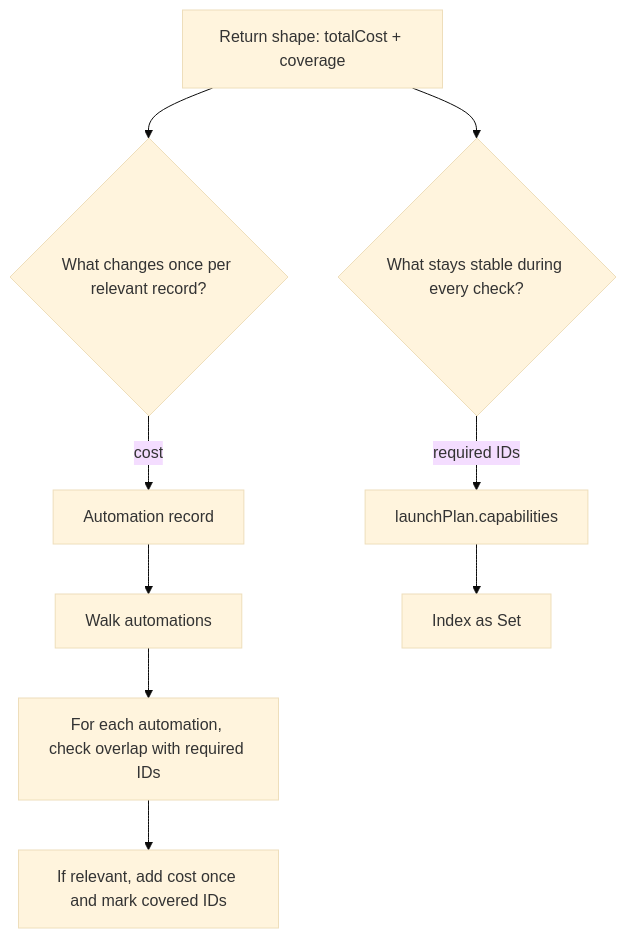
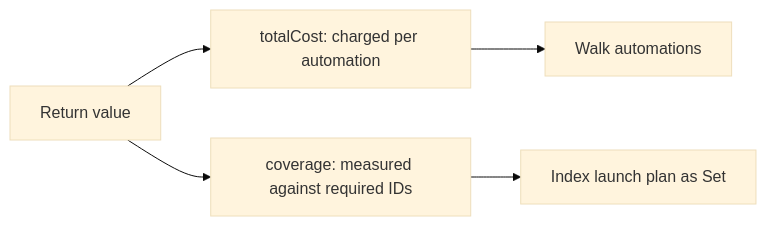
One commit to snesjhon/for-humans changed the first of 2 diagrams in src/app/frontend/fundamentals/data-parsing/data-parsing-fundamentals.md. Above: the diagram before and after it, drawn with Mermaid (base theme). The commit also changed other lines of this file and 40 other files, not shown here.

````diff
--- a/src/app/frontend/fundamentals/data-parsing/data-parsing-fundamentals.md
+++ b/src/app/frontend/fundamentals/data-parsing/data-parsing-fundamentals.md
@@ -152,11 +148,7 @@
 ```mermaid
-flowchart TD
-  A[Return shape: totalCost + coverage] --> B{What changes once per relevant record?}
-  B -->|cost| C[Automation record]
-  C --> D[Walk automations]
-  D --> E[For each automation, check overlap with required IDs]
-  E --> F[If relevant, add cost once and mark covered IDs]
-  A --> G{What stays stable during every check?}
-  G -->|required IDs| H[launchPlan.capabilities]
-  H --> I[Index as Set]
+flowchart LR
+  A["Return value"] --> B["totalCost: charged per automation"]
+  A --> C["coverage: measured against required IDs"]
+  B --> D["Walk automations"]
+  C --> E["Index launch plan as Set"]
 ```
````
